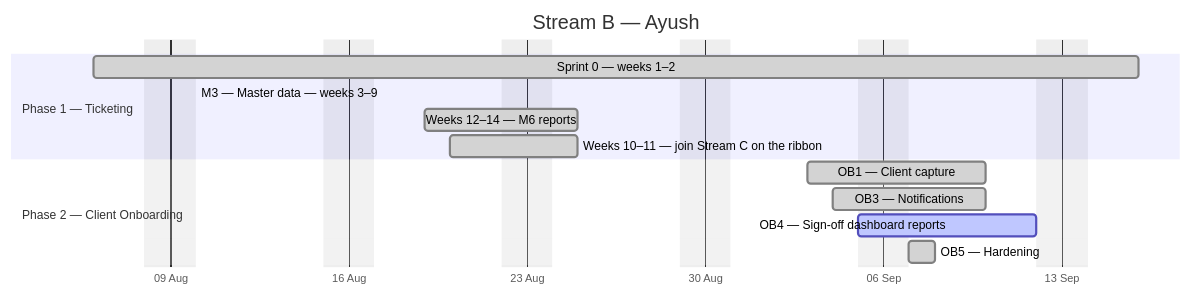
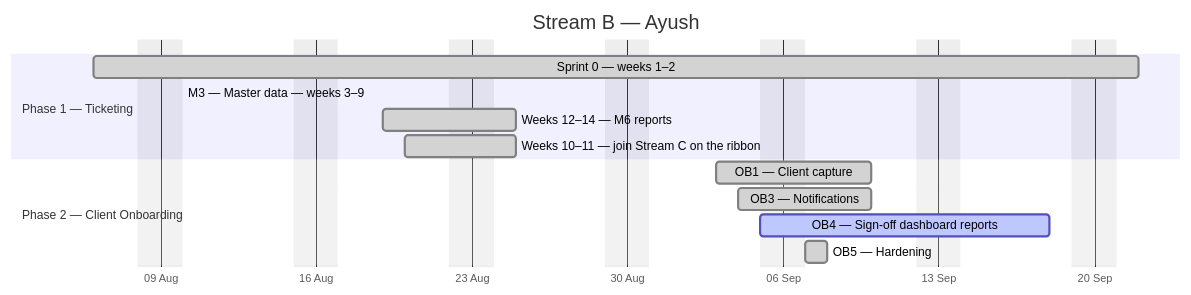
The second of 4 diagrams in docs/plan/GANTT.md (debashisedunext/EduTrack), drawn with Mermaid before and after one commit. The commit also changed other lines of this file and 2 other files, not shown here.

````diff
--- a/docs/plan/GANTT.md
+++ b/docs/plan/GANTT.md
@@ -135,17 +135,17 @@
 ```mermaid
 gantt
     dateFormat YYYY-MM-DD
     axisFormat %d %b
     title Stream B — Ayush
     excludes weekends
     section Phase 1 — Ticketing
-    Sprint 0 — weeks 1–2 :done, b0, 2026-08-06, 29d
-    M3 — Master data — weeks 3–9 :done, b1, 2026-08-10, -16d
+    Sprint 0 — weeks 1–2 :done, b0, 2026-08-06, 33d
+    M3 — Master data — weeks 3–9 :done, b1, 2026-08-10, -20d
     Weeks 12–14 — M6 reports :done, b2, 2026-08-19, 4d
     Weeks 10–11 — join Stream C on the ribbon :done, b3, 2026-08-20, 3d
     section Phase 2 — Client Onboarding
     OB1 — Client capture :done, b4, 2026-09-03, 5d
     OB3 — Notifications :done, b5, 2026-09-04, 4d
-    OB4 — Sign-off  dashboard  reports :active, b6, 2026-09-05, 6d
+    OB4 — Sign-off  dashboard  reports :active, b6, 2026-09-05, 10d
     OB5 — Hardening :done, b7, 2026-09-07, 1d
 ```
````
